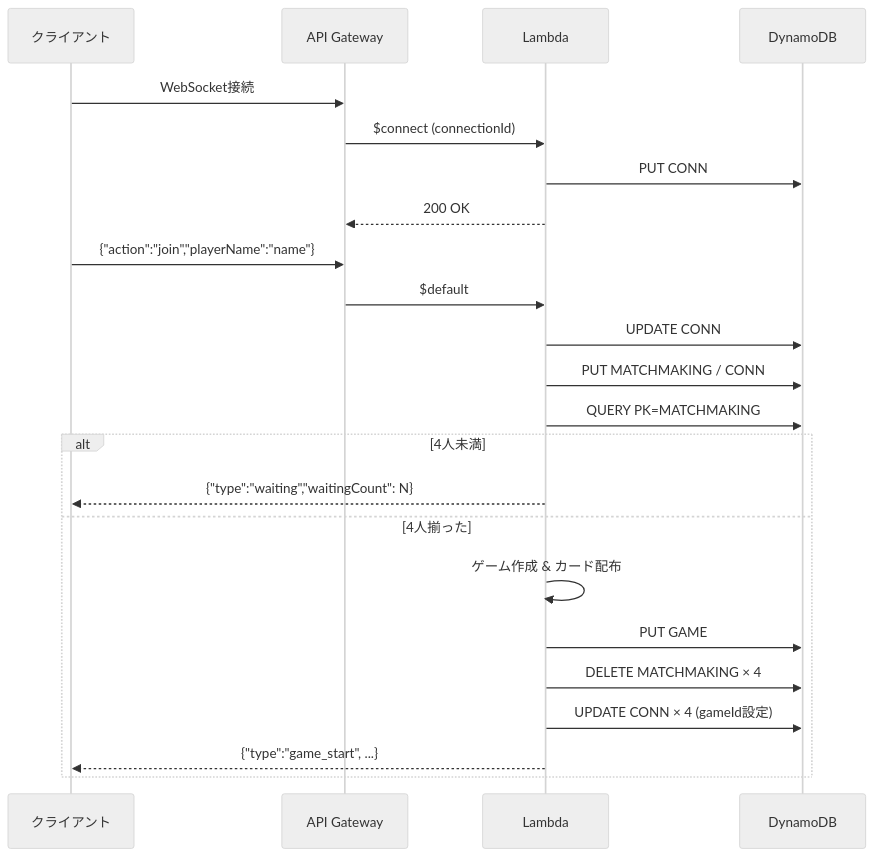
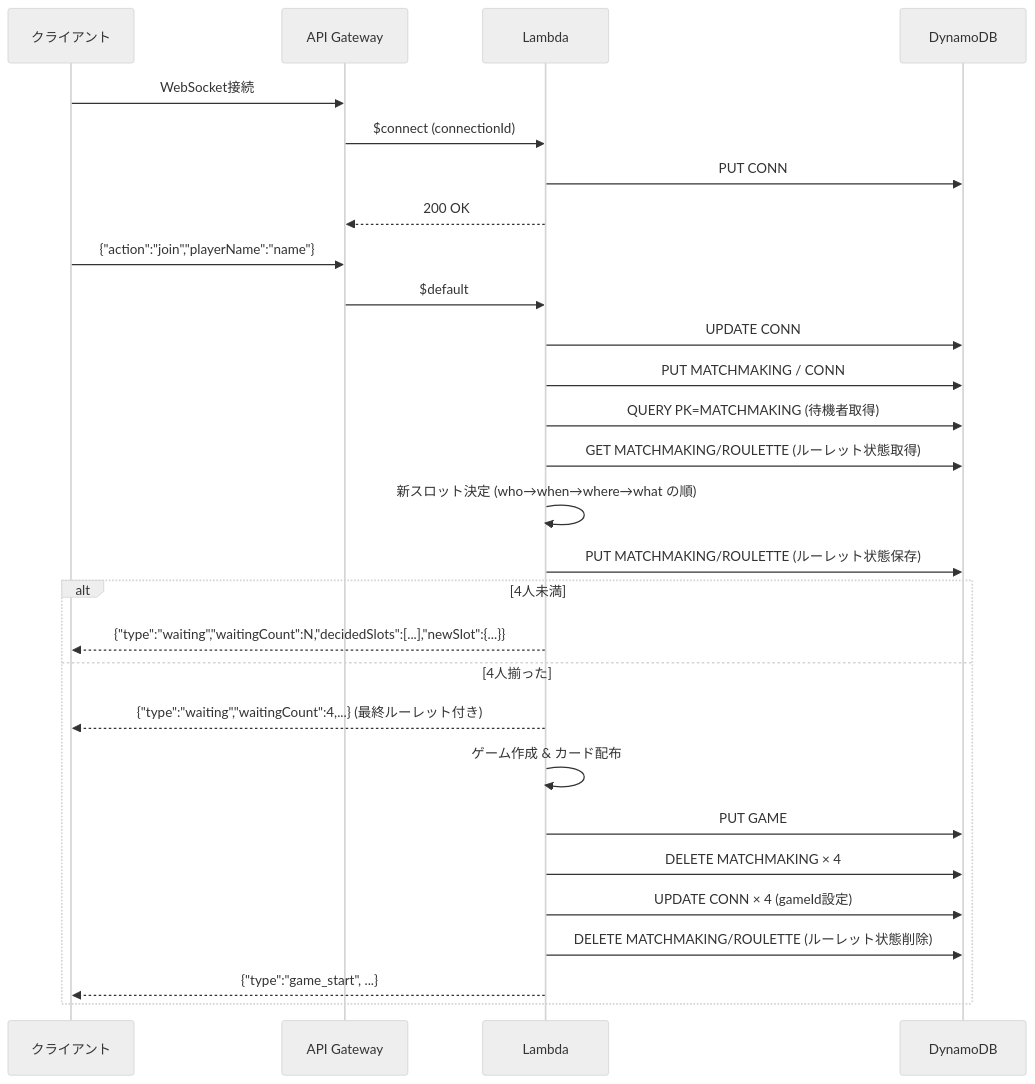
Before and after one commit to periotto3/rakko: the second of 4 diagrams in backend/websocket/docs/sequence-diagram.md, drawn with Mermaid (neutral theme). The commit also changed other lines of this file and 9 other files, not shown here.

````diff
--- a/backend/websocket/docs/sequence-diagram.md
+++ b/backend/websocket/docs/sequence-diagram.md
@@ -81,28 +94,33 @@
 ```mermaid
 sequenceDiagram
     participant Client as クライアント
     participant GW as API Gateway
     participant λ as Lambda
     participant DB as DynamoDB
 
     Client->>GW: WebSocket接続
     GW->>λ: $connect (connectionId)
     λ->>DB: PUT CONN#{connId}
     λ-->>GW: 200 OK
 
     Client->>GW: {"action":"join","playerName":"name"}
     GW->>λ: $default
     λ->>DB: UPDATE CONN#{connId} (playerName設定)
     λ->>DB: PUT MATCHMAKING / CONN#{connId}
-    λ->>DB: QUERY PK=MATCHMAKING
+    λ->>DB: QUERY PK=MATCHMAKING (待機者取得)
+    λ->>DB: GET MATCHMAKING/ROULETTE (ルーレット状態取得)
+    λ->>λ: 新スロット決定 (who→when→where→what の順)
+    λ->>DB: PUT MATCHMAKING/ROULETTE (ルーレット状態保存)
 
     alt 4人未満
-        λ-->>Client: {"type":"waiting","waitingCount": N}
+        λ-->>Client: {"type":"waiting","waitingCount":N,"decidedSlots":[...],"newSlot":{...}}
     else 4人揃った
+        λ-->>Client: {"type":"waiting","waitingCount":4,...} (最終ルーレット付き)
         λ->>λ: ゲーム作成 & カード配布
         λ->>DB: PUT GAME#{gameId}
         λ->>DB: DELETE MATCHMAKING × 4
         λ->>DB: UPDATE CONN × 4 (gameId設定)
+        λ->>DB: DELETE MATCHMAKING/ROULETTE (ルーレット状態削除)
         λ-->>Client: {"type":"game_start", ...}
     end
 ```
````
